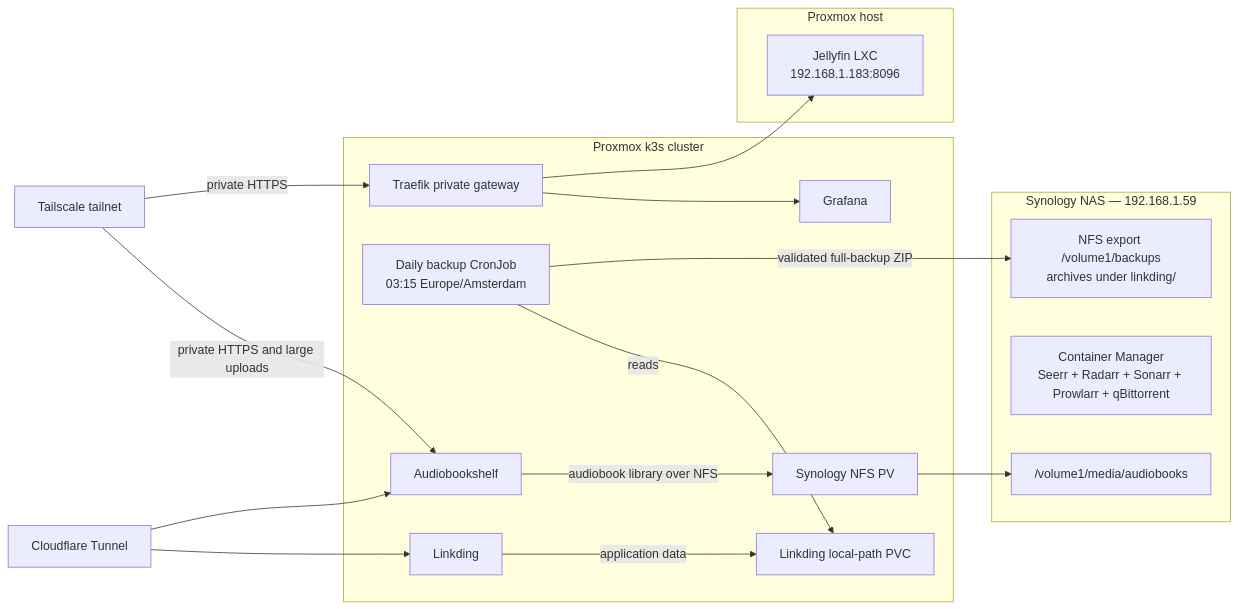
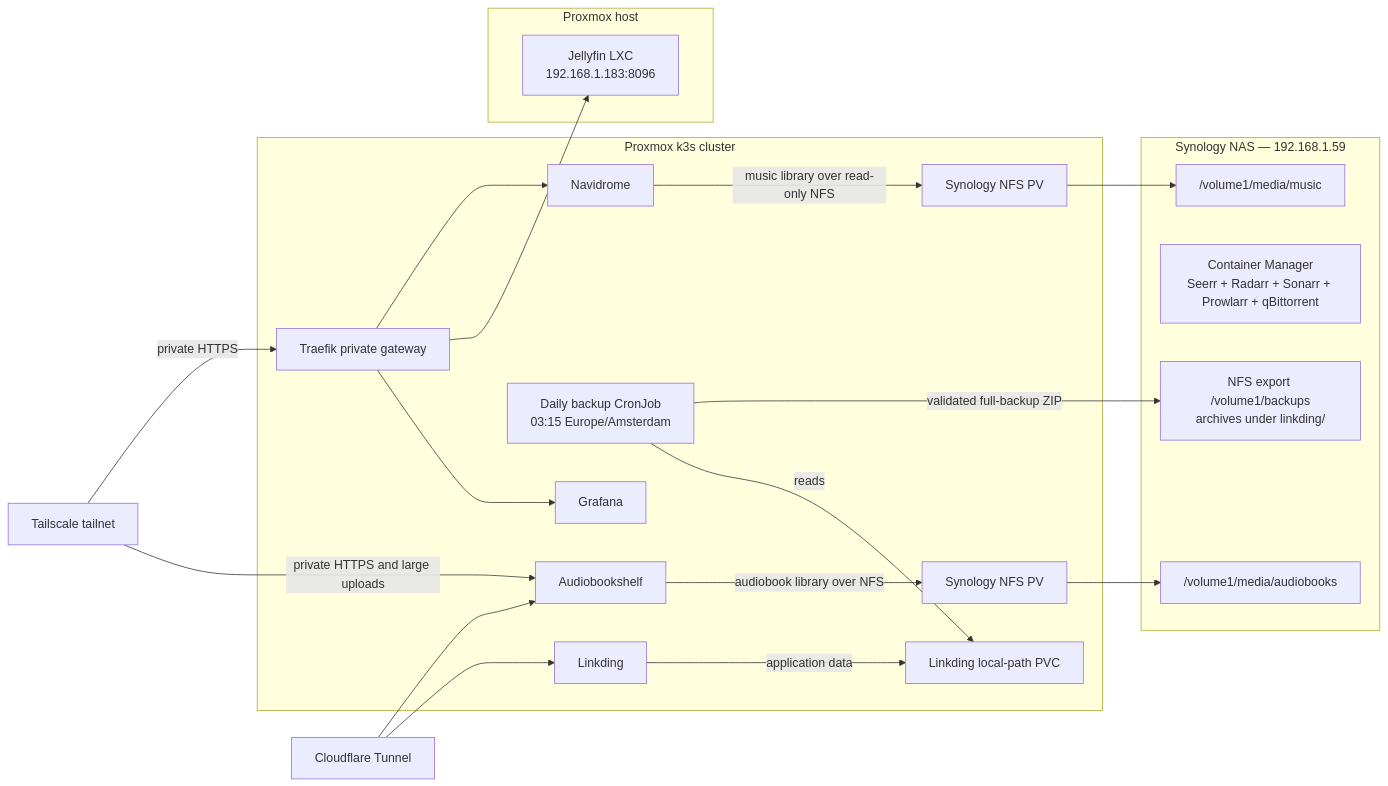
Before and after one commit to vitaly-guzun/homelab: the second of 2 diagrams in README.md, drawn with Mermaid. The commit also changed other lines of this file and 9 other files, not shown here.

````diff
--- a/README.md
+++ b/README.md
@@ -74,32 +76,36 @@
 ```mermaid
 flowchart LR
     Cloudflare["Cloudflare Tunnel"]
     Tailscale["Tailscale tailnet"]
 
     subgraph K3s["Proxmox k3s cluster"]
         Linkding["Linkding"] -->|"application data"| LinkdingPVC["Linkding local-path PVC"]
         Backup["Daily backup CronJob<br/>03:15 Europe/Amsterdam"] -->|"reads"| LinkdingPVC
         Audiobookshelf["Audiobookshelf"] -->|"audiobook library over NFS"| AudiobooksNFS["Synology NFS PV"]
+        Navidrome["Navidrome"] -->|"music library over read-only NFS"| MusicNFS["Synology NFS PV"]
         Grafana["Grafana"]
         Traefik["Traefik private gateway"]
     end
 
     subgraph Proxmox["Proxmox host"]
         Jellyfin["Jellyfin LXC<br/>192.168.1.183:8096"]
     end
 
     subgraph NAS["Synology NAS — 192.168.1.59"]
         NFS["NFS export /volume1/backups<br/>archives under linkding/"]
         Media["Container Manager<br/>Seerr + Radarr + Sonarr + Prowlarr + qBittorrent"]
         Audiobooks["/volume1/media/audiobooks"]
+        Music["/volume1/media/music"]
     end
 
     Cloudflare --> Linkding
     Cloudflare --> Audiobookshelf
     Tailscale -->|"private HTTPS and large uploads"| Audiobookshelf
     Tailscale -->|"private HTTPS"| Traefik
     Traefik --> Grafana
     Traefik --> Jellyfin
+    Traefik --> Navidrome
     Backup -->|"validated full-backup ZIP"| NFS
     AudiobooksNFS --> Audiobooks
+    MusicNFS --> Music
 ```
````
